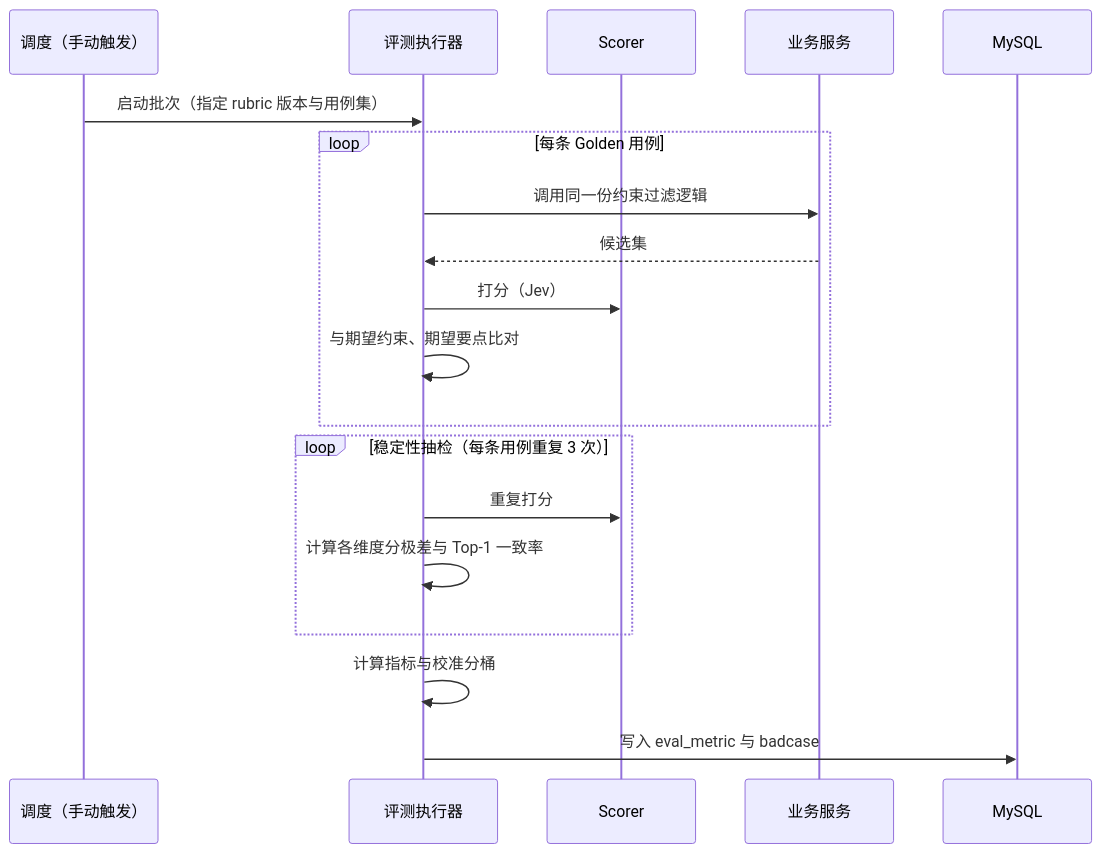
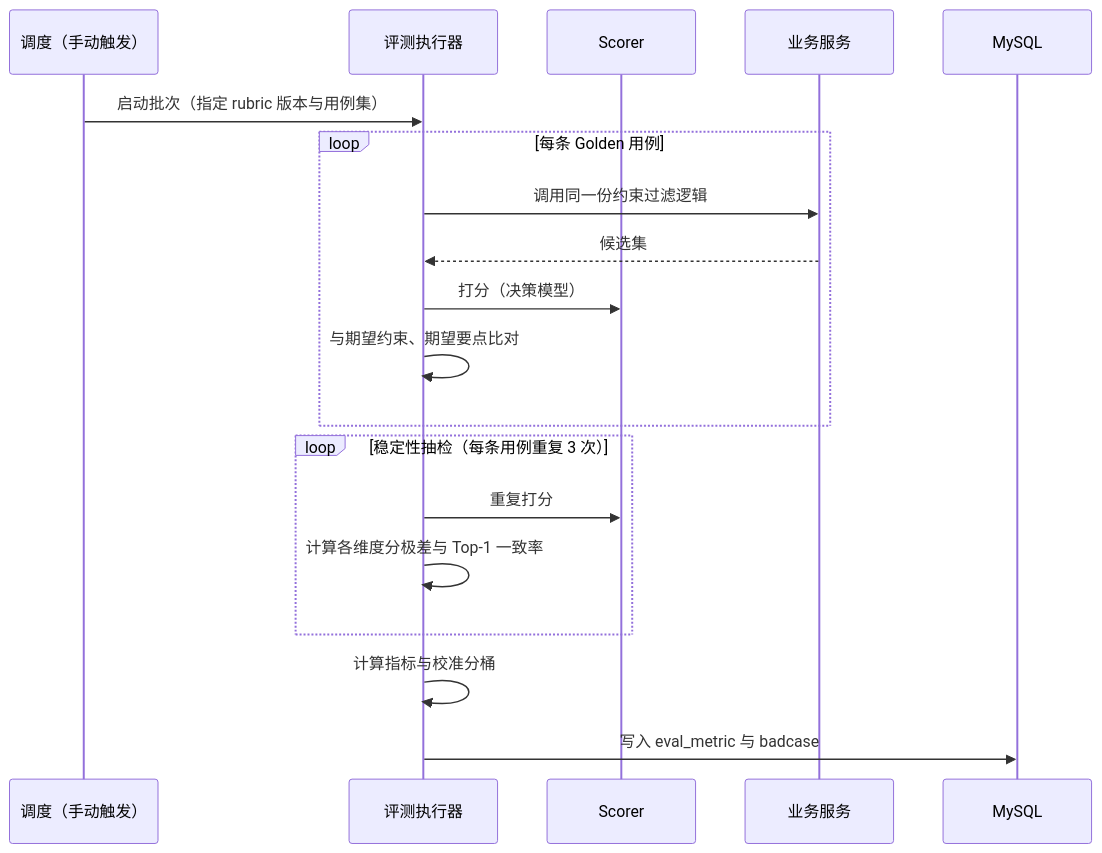
One commit to yanghheda/mealmind changed the sixth of 7 diagrams in docs/tech-design.md. Above: the diagram before and after it, drawn with Mermaid. The commit also changed other lines of this file and 2 other files, not shown here.

````diff
--- a/docs/tech-design.md
+++ b/docs/tech-design.md
@@ -681,22 +681,22 @@
 ```mermaid
 sequenceDiagram
     participant T as 调度（手动触发）
     participant E as 评测执行器
     participant S as Scorer
     participant B as 业务服务
     participant DB as MySQL
 
     T->>E: 启动批次（指定 rubric 版本与用例集）
     loop 每条 Golden 用例
         E->>B: 调用同一份约束过滤逻辑
         B-->>E: 候选集
-        E->>S: 打分（Jev）
+        E->>S: 打分（决策模型）
         E->>E: 与期望约束、期望要点比对
     end
     loop 稳定性抽检（每条用例重复 3 次）
         E->>S: 重复打分
         E->>E: 计算各维度分极差与 Top-1 一致率
     end
     E->>E: 计算指标与校准分桶
     E->>DB: 写入 eval_metric 与 badcase
 ```
````
